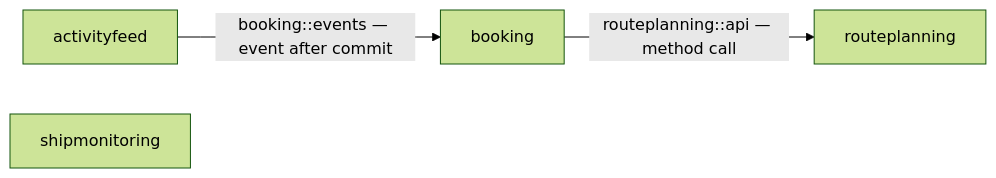
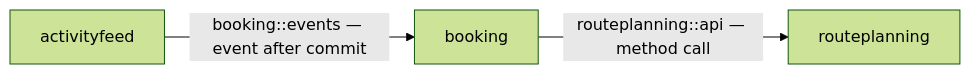
Before and after one commit to stepniewskirafal/MicroservicesFleet: the first of 6 diagrams in README.md, drawn with Mermaid (forest theme). The commit also changed other lines of this file and 105 other files, not shown here.

````diff
--- a/README.md
+++ b/README.md
@@ -173,6 +168,5 @@
 ```mermaid
 graph LR
     booking -->|"routeplanning::api — method call"| routeplanning
     activityfeed -->|"booking::events — event after commit"| booking
-    shipmonitoring
 ```
````
